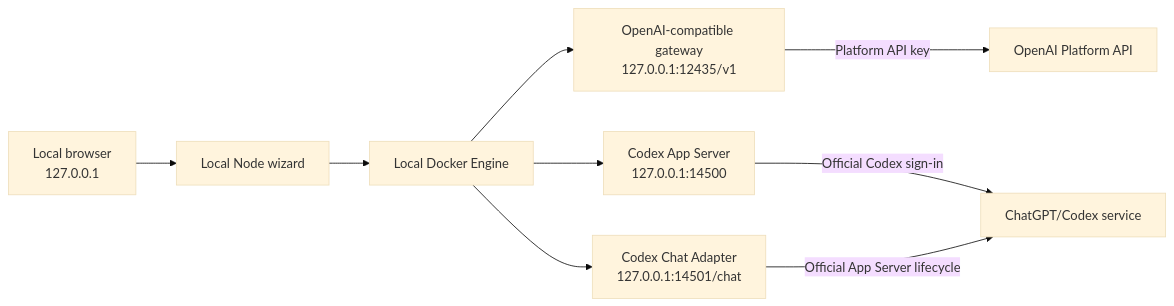
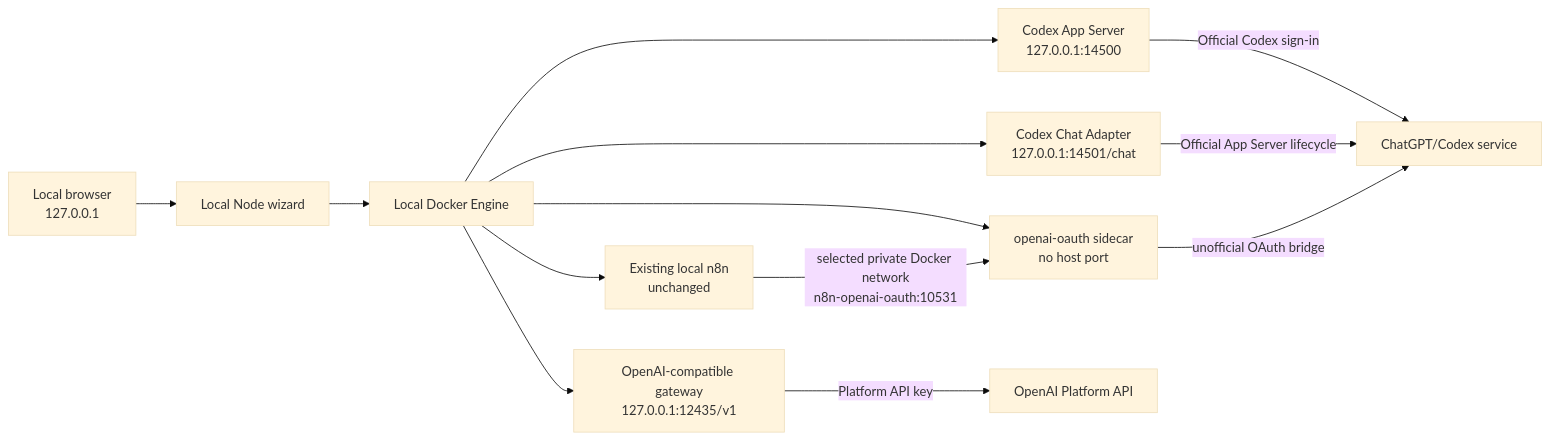
Before and after one commit to Demonbane18/relmio: the second of 2 diagrams in docs/architecture.md, drawn with Mermaid (base theme). The commit also changed other lines of this file and 17 other files, not shown here.

Commit message:
feat: add local n8n OAuth sidecar wizard

````diff
--- a/docs/architecture.md
+++ b/docs/architecture.md
@@ -26,11 +27,15 @@
 ```mermaid
 flowchart LR
   B["Local browser<br>127.0.0.1"] --> W["Local Node wizard"]
   W --> D["Local Docker Engine"]
   D --> G["OpenAI-compatible gateway<br>127.0.0.1:12435/v1"]
   D --> A["Codex App Server<br>127.0.0.1:14500"]
   D --> H["Codex Chat Adapter<br>127.0.0.1:14501/chat"]
+  D --> N["Existing local n8n<br>unchanged"]
+  D --> S["openai-oauth sidecar<br>no host port"]
+  N -->|"selected private Docker network<br>n8n-openai-oauth:10531"| S
   G -->|"Platform API key"| P["OpenAI Platform API"]
   A -->|"Official Codex sign-in"| C["ChatGPT/Codex service"]
   H -->|"Official App Server lifecycle"| C
+  S -->|"unofficial OAuth bridge"| C
 ```
````
